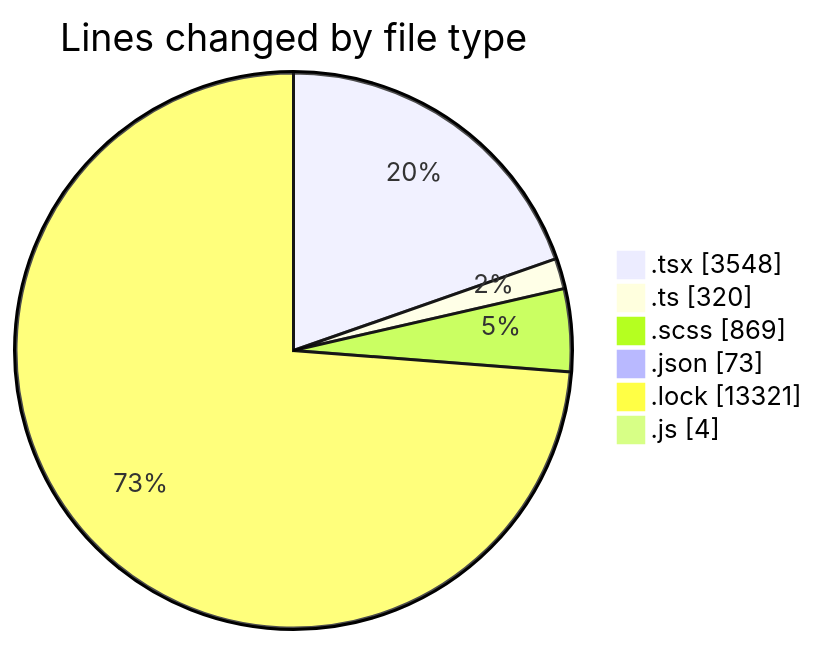
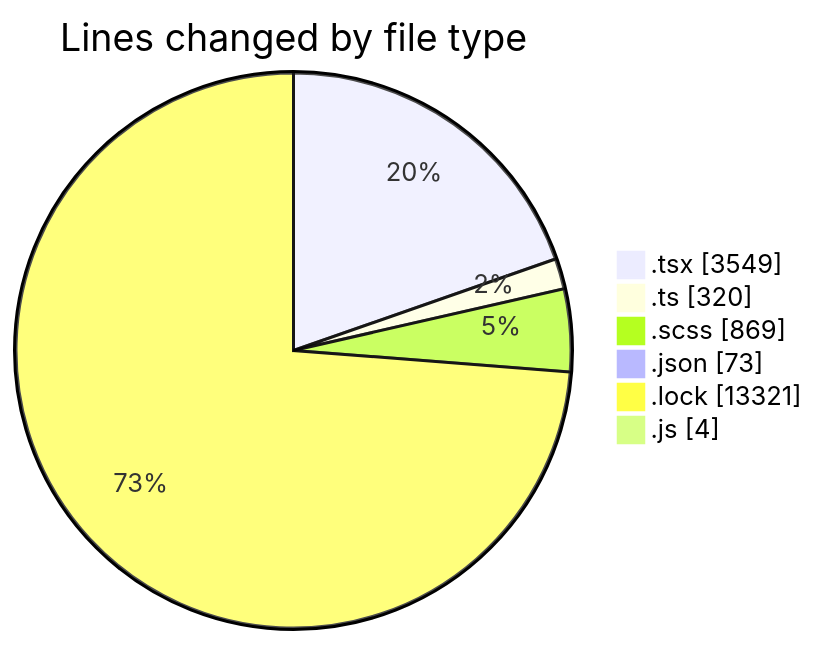
The first of 2 diagrams in 2025-02-12/cda/README.md (momahboobian/code-tracking), drawn with Mermaid before and after one commit. The commit also changed other lines of this file and 1 other file, not shown here.

````diff
--- a/2025-02-12/cda/README.md
+++ b/2025-02-12/cda/README.md
@@ -41,10 +41,10 @@
 ```mermaid
 pie showData
 title Lines changed by file type
-".tsx" : 3548
+".tsx" : 3549
 ".ts" : 320
 ".scss" : 869
 ".json" : 73
 ".lock" : 13321
 ".js" : 4
 ```
````
